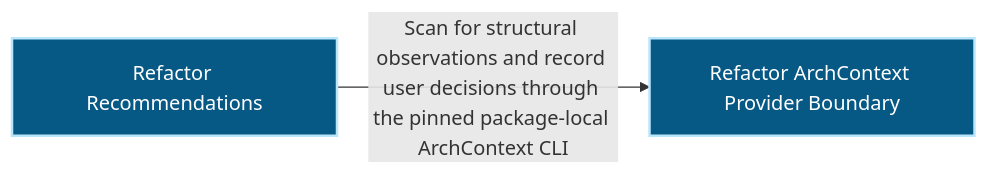
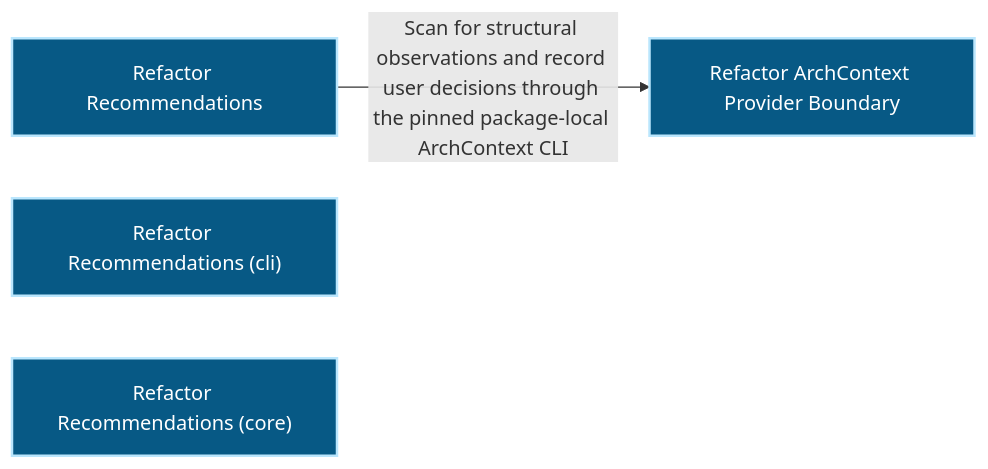
Before and after one commit to Ancienttwo/repo-harness: the first of 3 diagrams in docs/architecture/modules/runtime-harness/refactor-program.md, drawn with Mermaid. The commit also changed other lines of this file and 32 other files, not shown here.

First line of the commit message:
chore(projection): refresh generated architecture outputs for main@4c37d26d25c7

````diff
--- a/docs/architecture/modules/runtime-harness/refactor-program.md
+++ b/docs/architecture/modules/runtime-harness/refactor-program.md
@@ -15,10 +15,12 @@
 ```mermaid
 flowchart LR
   p1_capability_runtime_harness_refactor_program_75614af4["Refactor Recommendations"]:::component
   p1_component_refactor_program_archctx_provider_66030fac["Refactor ArchContext Provider Boundary"]:::component
+  p1_component_refactor_program_cli_layer_6d432d7a["Refactor Recommendations (cli)"]:::component
+  p1_component_refactor_program_core_layer_a84bb8d1["Refactor Recommendations (core)"]:::component
   p1_capability_runtime_harness_refactor_program_75614af4 -->|"Scan for structural observations and record user decisions through the pinned package-local ArchContext CLI"| p1_component_refactor_program_archctx_provider_66030fac
   classDef actor fill:#111827,color:#ffffff,stroke:#f9fafb,stroke-width:2px
   classDef component fill:#075985,color:#ffffff,stroke:#bae6fd,stroke-width:2px
   classDef datastore fill:#3f6212,color:#ffffff,stroke:#d9f99d,stroke-width:2px
   classDef external fill:#7c2d12,color:#ffffff,stroke:#fed7aa,stroke-width:2px
 ```
````
